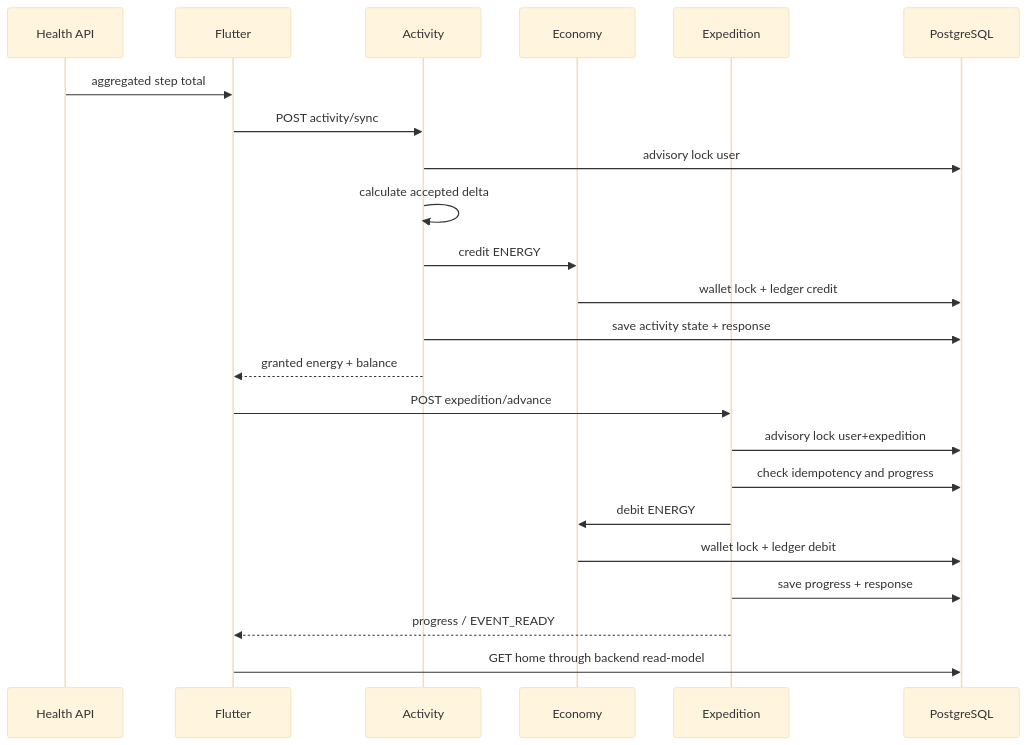
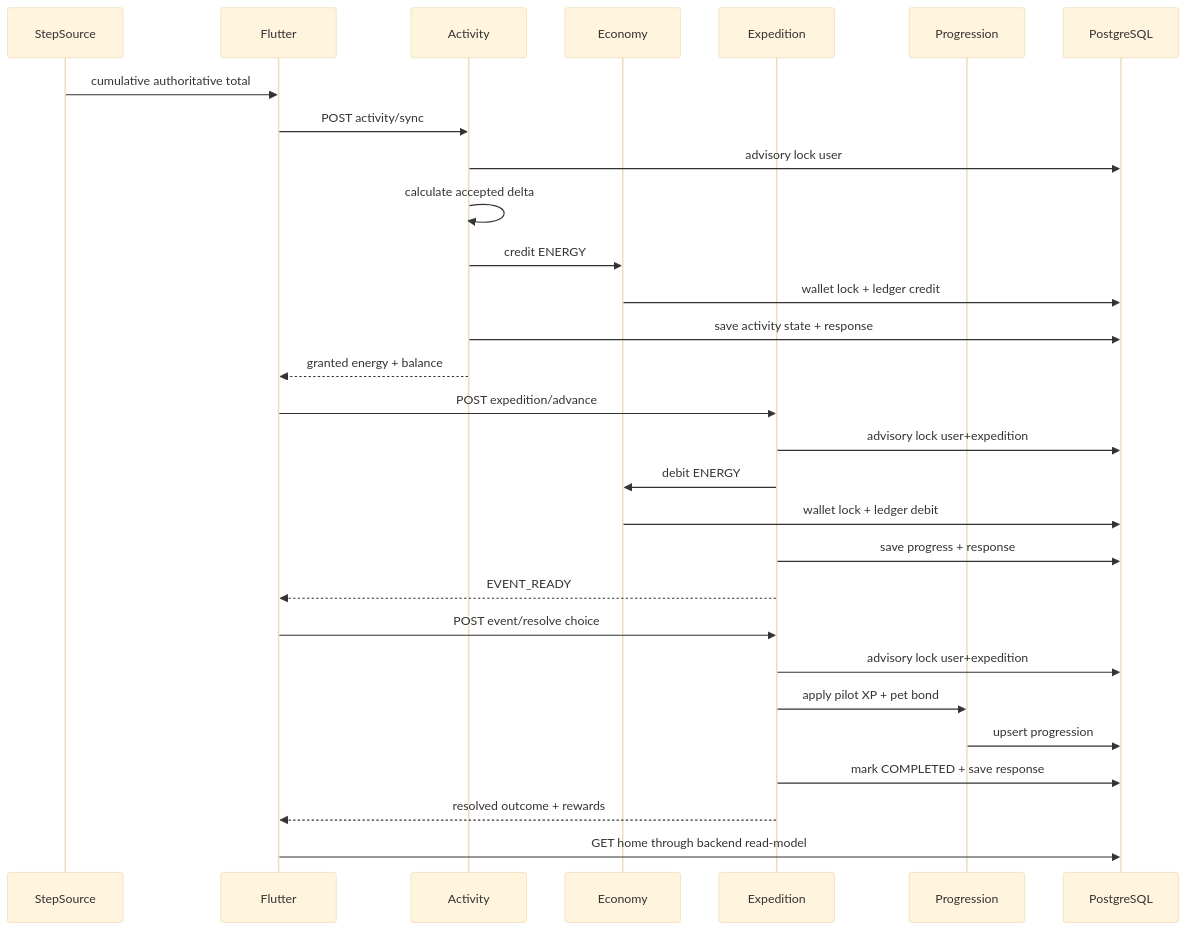
The diagram in docs/ARCHITECTURE.md (MKSEgr/walking-rpg), drawn with Mermaid (base theme) before and after one commit. The commit also changed other lines of this file and 22 other files, not shown here.

````diff
--- a/docs/ARCHITECTURE.md
+++ b/docs/ARCHITECTURE.md
@@ -38,28 +37,35 @@
 ```mermaid
 sequenceDiagram
-    participant H as Health API
+    participant S as StepSource
     participant M as Flutter
     participant A as Activity
     participant E as Economy
     participant X as Expedition
+    participant P as Progression
     participant D as PostgreSQL
 
-    H->>M: aggregated step total
+    S->>M: cumulative authoritative total
     M->>A: POST activity/sync
     A->>D: advisory lock user
     A->>A: calculate accepted delta
     A->>E: credit ENERGY
     E->>D: wallet lock + ledger credit
     A->>D: save activity state + response
     A-->>M: granted energy + balance
 
     M->>X: POST expedition/advance
     X->>D: advisory lock user+expedition
-    X->>D: check idempotency and progress
     X->>E: debit ENERGY
     E->>D: wallet lock + ledger debit
     X->>D: save progress + response
-    X-->>M: progress / EVENT_READY
+    X-->>M: EVENT_READY
+
+    M->>X: POST event/resolve choice
+    X->>D: advisory lock user+expedition
+    X->>P: apply pilot XP + pet bond
+    P->>D: upsert progression
+    X->>D: mark COMPLETED + save response
+    X-->>M: resolved outcome + rewards
 
     M->>D: GET home through backend read-model
 ```
````
